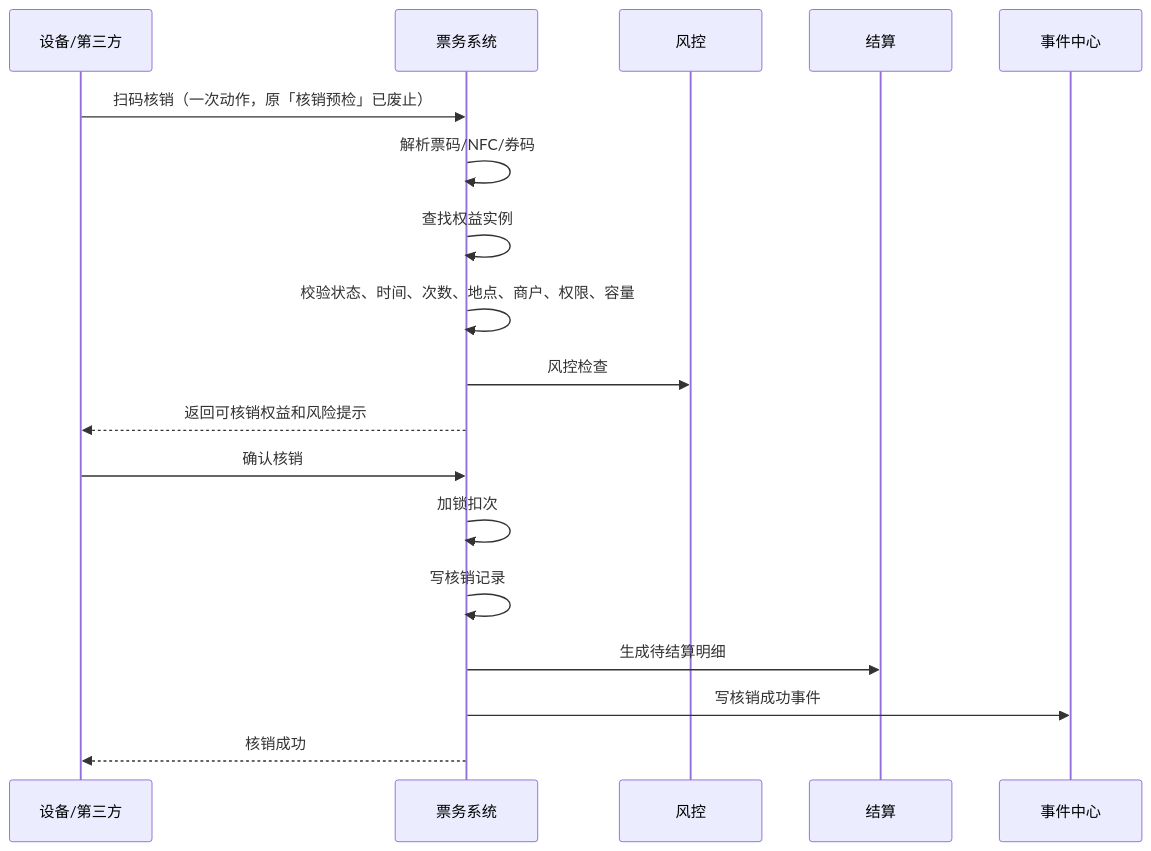
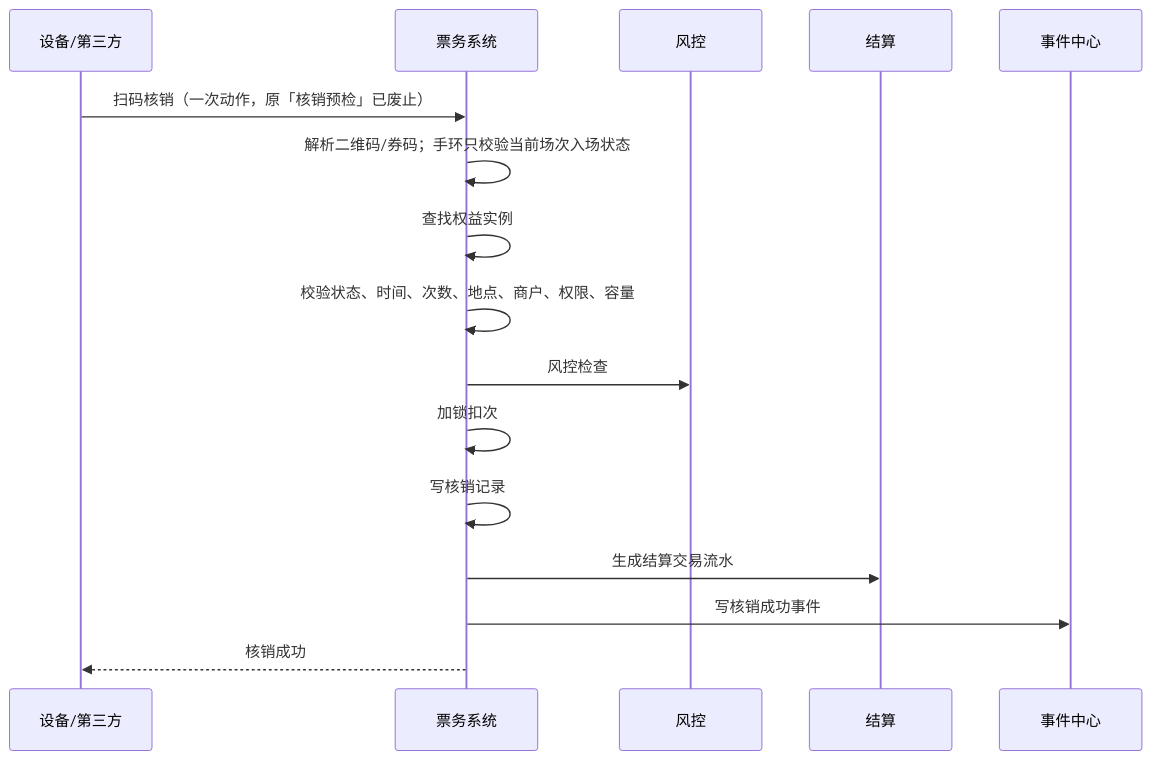
Before and after one commit to jxh1979/mall: the fourth of 4 diagrams in docs/ticketing-pass-entitlement-development-design.md, drawn with Mermaid. The commit also changed other lines of this file and 5 other files, not shown here.

````diff
--- a/docs/ticketing-pass-entitlement-development-design.md
+++ b/docs/ticketing-pass-entitlement-development-design.md
@@ -346,20 +363,18 @@
 ```mermaid
 sequenceDiagram
     participant D as 设备/第三方
     participant T as 票务系统
     participant R as 风控
     participant S as 结算
     participant E as 事件中心
     D->>T: 扫码核销（一次动作，原「核销预检」已废止）
-    T->>T: 解析票码/NFC/券码
+    T->>T: 解析二维码/券码；手环只校验当前场次入场状态
     T->>T: 查找权益实例
     T->>T: 校验状态、时间、次数、地点、商户、权限、容量
     T->>R: 风控检查
-    T-->>D: 返回可核销权益和风险提示
-    D->>T: 确认核销
     T->>T: 加锁扣次
     T->>T: 写核销记录
-    T->>S: 生成待结算明细
+    T->>S: 生成结算交易流水
     T->>E: 写核销成功事件
     T-->>D: 核销成功
 ```
````
